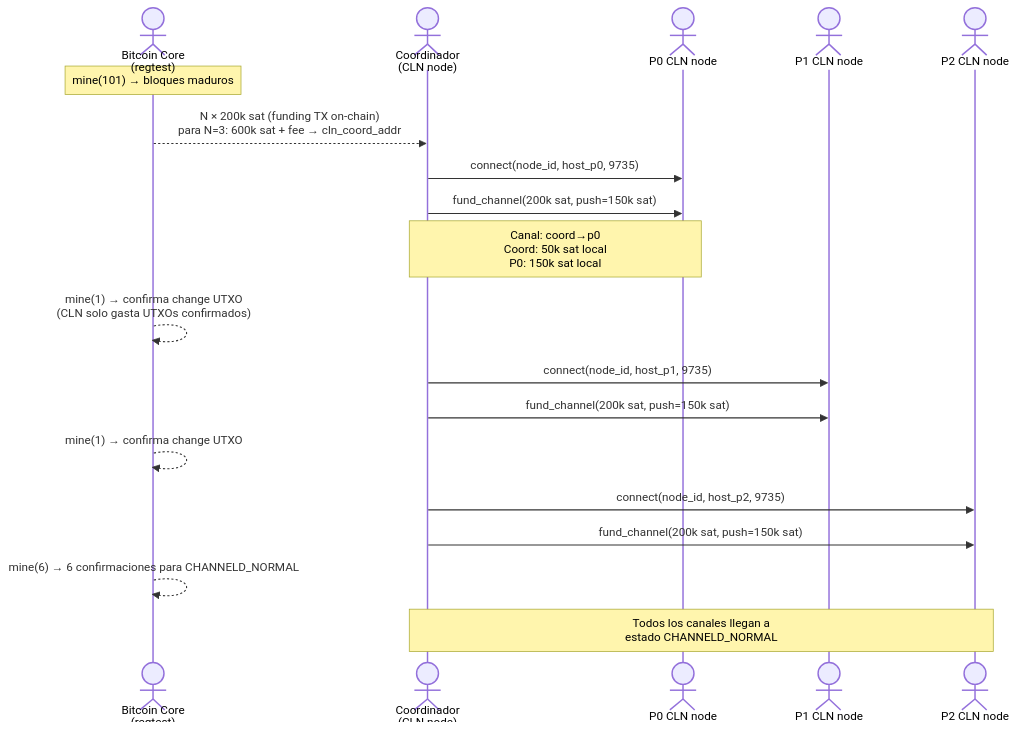
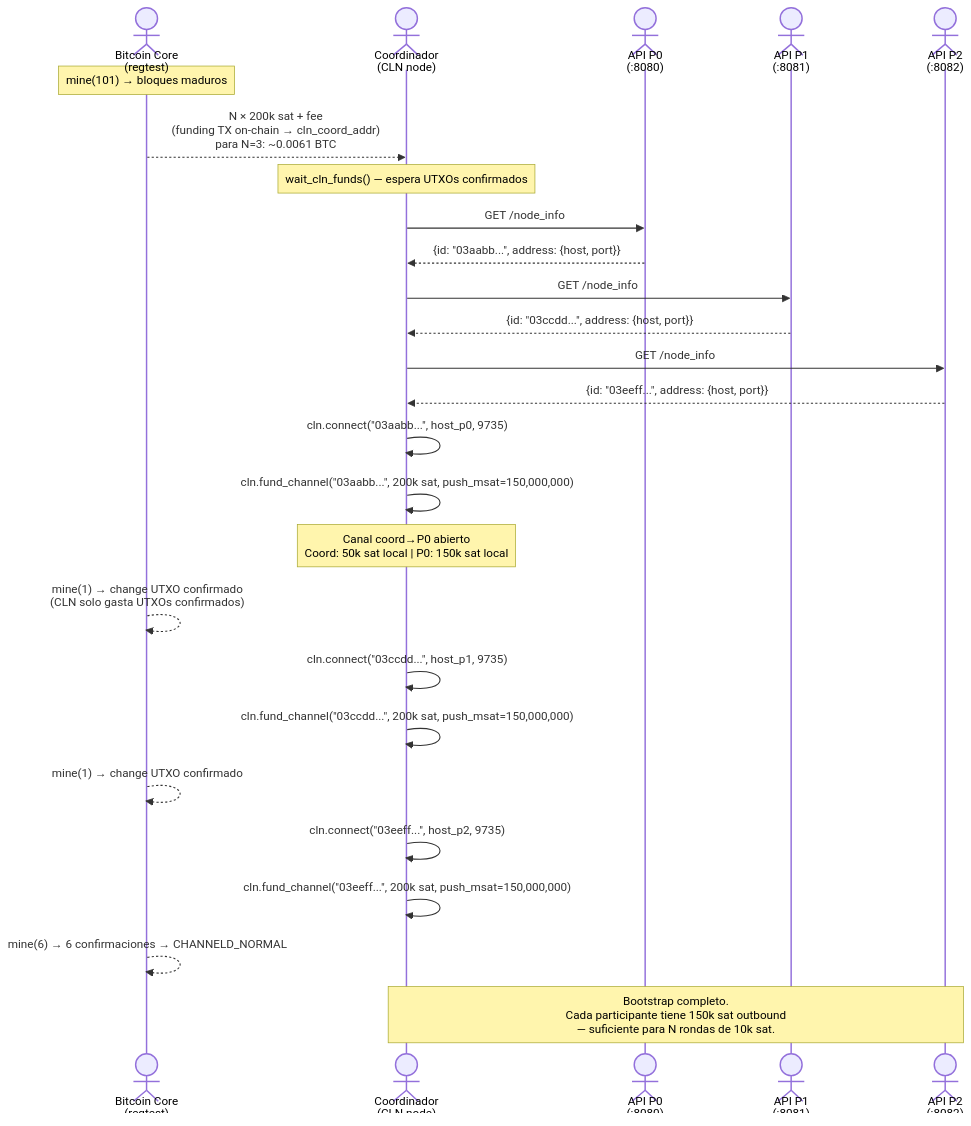
One commit to jmo-ytp/tanda.btc changed the first of 5 diagrams in docs/sequence-diagrams-ln.md. Above: the diagram before and after it, drawn with Mermaid. The commit also changed other lines of this file, not shown here.

First line of the commit message:
docs(diagrams-ln): reescribir diagramas de secuencia LN con flujo real

````diff
--- a/docs/sequence-diagrams-ln.md
+++ b/docs/sequence-diagrams-ln.md
@@ -13,28 +14,37 @@
 ```mermaid
 sequenceDiagram
     actor BC as Bitcoin Core<br/>(regtest)
     actor C  as Coordinador<br/>(CLN node)
-    actor P0 as P0 CLN node
-    actor P1 as P1 CLN node
-    actor P2 as P2 CLN node
+    actor AP0 as API P0<br/>(:8080)
+    actor AP1 as API P1<br/>(:8081)
+    actor AP2 as API P2<br/>(:8082)
 
     Note over BC: mine(101) → bloques maduros
 
-    BC-->>C: N × 200k sat (funding TX on-chain)<br/>para N=3: 600k sat + fee → cln_coord_addr
+    BC-->>C: N × 200k sat + fee<br/>(funding TX on-chain → cln_coord_addr)<br/>para N=3: ~0.0061 BTC
 
-    C->>P0: connect(node_id, host_p0, 9735)
-    C->>P0: fund_channel(200k sat, push=150k sat)
-    Note over C,P0: Canal: coord→p0<br/>Coord: 50k sat local<br/>P0: 150k sat local
-    BC-->>BC: mine(1) → confirma change UTXO<br/>(CLN solo gasta UTXOs confirmados)
+    Note over C: wait_cln_funds() — espera UTXOs confirmados
 
-    C->>P1: connect(node_id, host_p1, 9735)
-    C->>P1: fund_channel(200k sat, push=150k sat)
-    BC-->>BC: mine(1) → confirma change UTXO
+    C->>AP0: GET /node_info
+    AP0-->>C: {id: "03aabb...", address: {host, port}}
+    C->>AP1: GET /node_info
+    AP1-->>C: {id: "03ccdd...", address: {host, port}}
+    C->>AP2: GET /node_info
+    AP2-->>C: {id: "03eeff...", address: {host, port}}
 
-    C->>P2: connect(node_id, host_p2, 9735)
-    C->>P2: fund_channel(200k sat, push=150k sat)
+    C->>C: cln.connect("03aabb...", host_p0, 9735)
+    C->>C: cln.fund_channel("03aabb...", 200k sat, push_msat=150,000,000)
+    Note over C: Canal coord→P0 abierto<br/>Coord: 50k sat local | P0: 150k sat local
+    BC-->>BC: mine(1) → change UTXO confirmado<br/>(CLN solo gasta UTXOs confirmados)
 
-    BC-->>BC: mine(6) → 6 confirmaciones para CHANNELD_NORMAL
+    C->>C: cln.connect("03ccdd...", host_p1, 9735)
+    C->>C: cln.fund_channel("03ccdd...", 200k sat, push_msat=150,000,000)
+    BC-->>BC: mine(1) → change UTXO confirmado
 
-    Note over C,P2: Todos los canales llegan a<br/>estado CHANNELD_NORMAL
+    C->>C: cln.connect("03eeff...", host_p2, 9735)
+    C->>C: cln.fund_channel("03eeff...", 200k sat, push_msat=150,000,000)
+
+    BC-->>BC: mine(6) → 6 confirmaciones → CHANNELD_NORMAL
+
+    Note over C,AP2: Bootstrap completo.<br/>Cada participante tiene 150k sat outbound<br/>— suficiente para N rondas de 10k sat.
 ```
````
